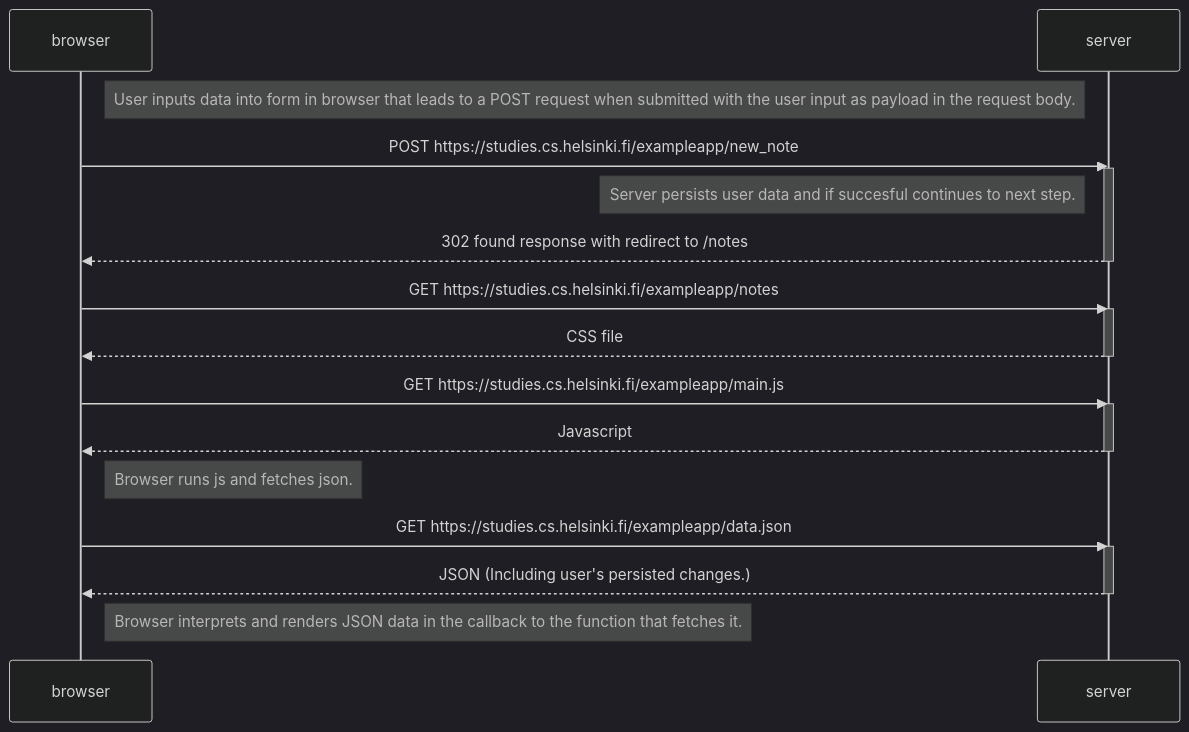
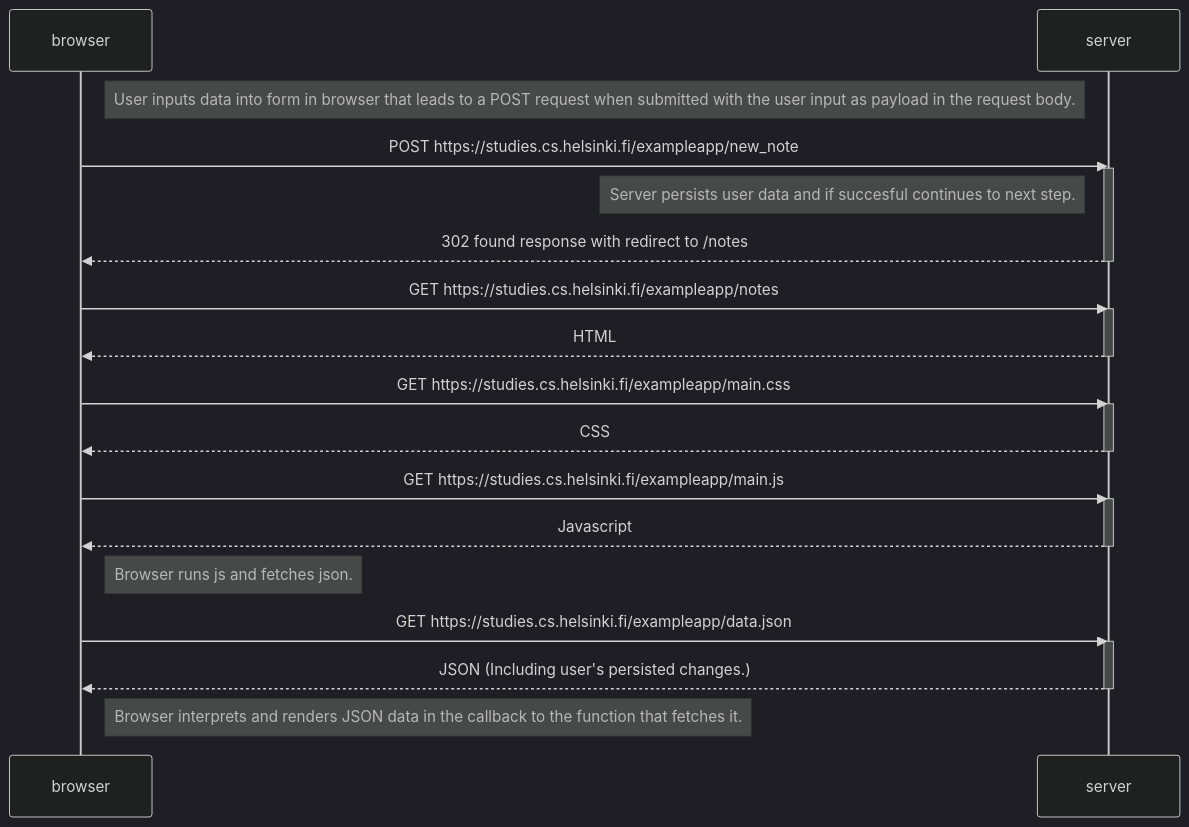
One commit to Krippakrull/full-stack-open-2023 changed the diagram in part 0/0.4.md. Above: the diagram before and after it, drawn with Mermaid (dark theme).

Commit message:
fixed diagram

````diff
--- a/part 0/0.4.md
+++ b/part 0/0.4.md
@@ -3,34 +3,39 @@
 ```mermaid
 
 sequenceDiagram
    participant browser
    participant server
 
    Note right of browser: User inputs data into form in browser that leads to a POST request when submitted with the user input as payload in the request body.
 
     browser->>server: POST https://studies.cs.helsinki.fi/exampleapp/new_note
     activate server
     Note left of server: Server persists user data and if succesful continues to next step.
 
     server-->>browser: 302 found response with redirect to /notes
     deactivate server
 
     browser->>server: GET https://studies.cs.helsinki.fi/exampleapp/notes
     activate server
-    server-->>browser: CSS file
+    server-->>browser: HTML
+    deactivate server
+
+    browser->>server: GET https://studies.cs.helsinki.fi/exampleapp/main.css
+    activate server
+    server-->>browser: CSS
     deactivate server
 
     browser->>server: GET https://studies.cs.helsinki.fi/exampleapp/main.js
     activate server
     server-->>browser: Javascript
     deactivate server
 
     Note right of browser: Browser runs js and fetches json.
 
     browser->>server: GET https://studies.cs.helsinki.fi/exampleapp/data.json
     activate server
     server-->>browser: JSON (Including user's persisted changes.)
     deactivate server
 
     Note right of browser: Browser interprets and renders JSON data in the callback to the function that fetches it.
 ```
````
